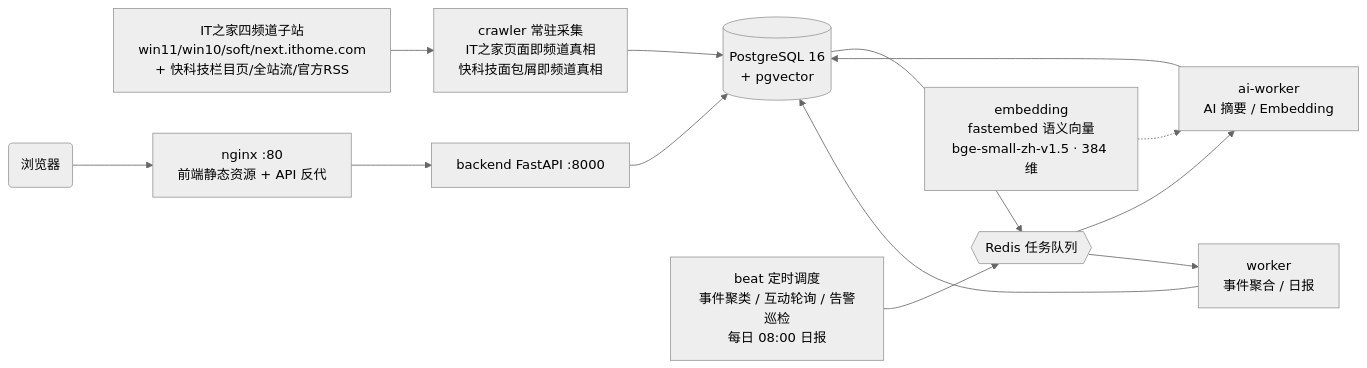
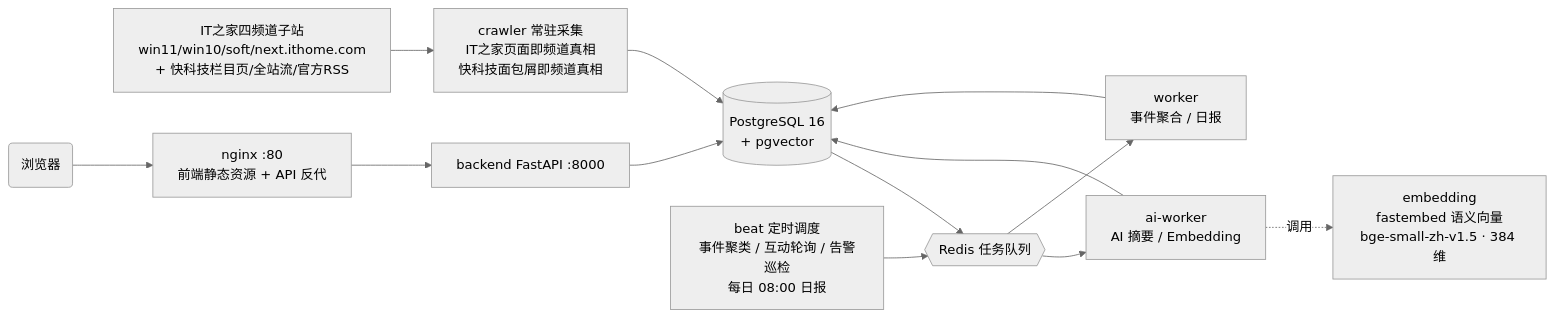
One commit to xuboboo/news changed the diagram in README.md. Above: the diagram before and after it, drawn with Mermaid (neutral theme). The commit also changed other lines of this file and 1 other file, not shown here.

````diff
--- a/README.md
+++ b/README.md
@@ -45,15 +45,16 @@
 ```mermaid
 flowchart LR
     SRC[IT之家四频道子站<br/>win11/win10/soft/next.ithome.com<br/>+ 快科技栏目页/全站流/官方RSS] --> CR[crawler 常驻采集<br/>IT之家页面即频道真相<br/>快科技面包屑即频道真相]
     CR --> PG[(PostgreSQL 16<br/>+ pgvector)]
     PG --> RD{{Redis 任务队列}}
     RD --> AI[ai-worker<br/>AI 摘要 / Embedding]
     RD --> WK[worker<br/>事件聚合 / 日报]
-    EMB[embedding<br/>fastembed 语义向量<br/>bge-small-zh-v1.5 · 384 维] -.-> AI
+    EMB[embedding<br/>fastembed 语义向量<br/>bge-small-zh-v1.5 · 384 维]
+    AI -.->|调用| EMB
     BT[beat 定时调度<br/>事件聚类 / 互动轮询 / 告警巡检<br/>每日 08:00 日报] --> RD
     AI --> PG
     WK --> PG
     NG[nginx :80<br/>前端静态资源 + API 反代] --> BE[backend FastAPI :8000]
     BE --> PG
     U(浏览器) --> NG
 ```
````
